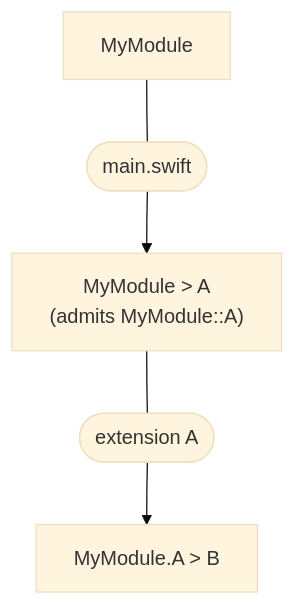
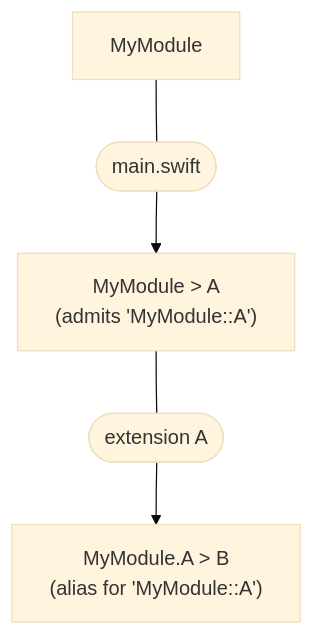
The third of 8 diagrams in Sources/SwiftLexicalLookup/SwiftLexicalLookup.docc/TypeGraph.md (swiftlang/swift-syntax), drawn with Mermaid (base theme) before and after one commit. The commit also changed other lines of this file, not shown here.

````diff
--- a/Sources/SwiftLexicalLookup/SwiftLexicalLookup.docc/TypeGraph.md
+++ b/Sources/SwiftLexicalLookup/SwiftLexicalLookup.docc/TypeGraph.md
@@ -99,13 +99,13 @@
 ```mermaid
 flowchart TD
     root["MyModule"]
-    memberTopA["MyModule > A<br/>(admits MyModule::A)"]
-    memberB["MyModule.A > B<br/>"]
+    memberTopA["MyModule > A<br/>(admits 'MyModule::A')"]
+    memberB["MyModule.A > B<br/>(alias for 'MyModule::A')"]
     file(["main.swift"])
     extA(["extension A"])
 
     root --- file
     file --> memberTopA
     memberTopA --- extA
     extA --> memberB
 ```
````
